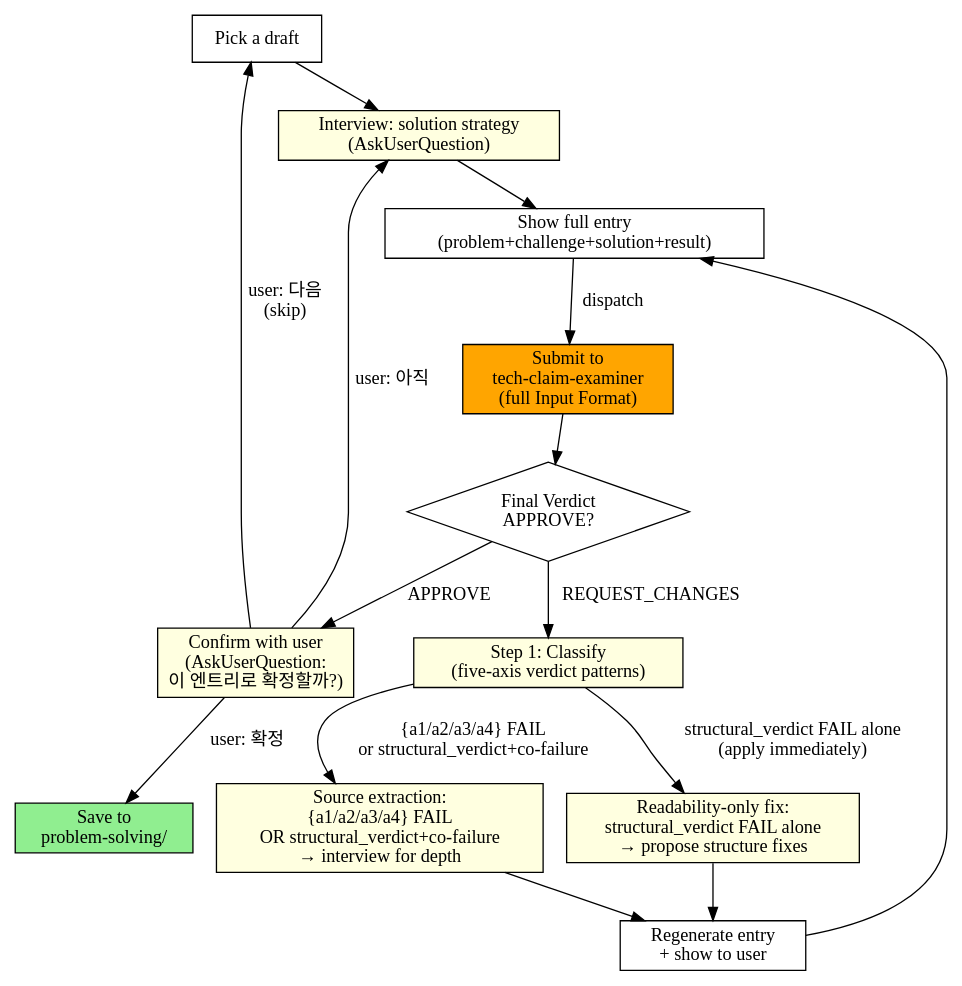
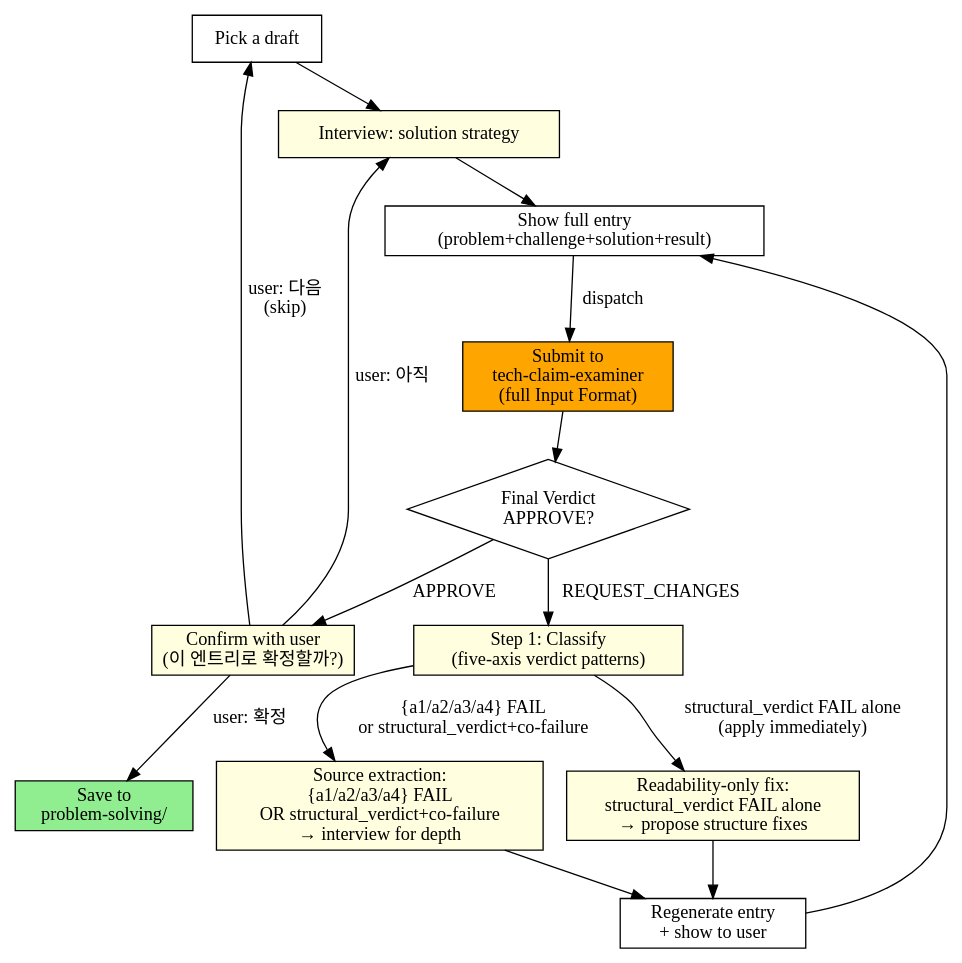
One commit to toongri/oh-my-toong-playground changed the third of 3 diagrams in skills/resume-forge/SKILL.md. Above: the diagram before and after it, drawn with Graphviz. The commit also changed other lines of this file and 4 other files, not shown here.

First line of the commit message:
refactor: clarify 등 skill의 AskUserQuestion 표현 제거

````diff
--- a/skills/resume-forge/SKILL.md
+++ b/skills/resume-forge/SKILL.md
@@ -116,31 +116,31 @@
 ```dot
 digraph loop2 {
     rankdir=TB;
     pick [shape=box, label="Pick a draft"];
-    interview [shape=box, label="Interview: solution strategy\n(AskUserQuestion)", style=filled, fillcolor=lightyellow];
+    interview [shape=box, label="Interview: solution strategy", style=filled, fillcolor=lightyellow];
     show [shape=box, label="Show full entry\n(problem+challenge+solution+result)"];
-    confirm [shape=box, label="Confirm with user\n(AskUserQuestion:\n이 엔트리로 확정할까?)", style=filled, fillcolor=lightyellow];
+    confirm [shape=box, label="Confirm with user\n(이 엔트리로 확정할까?)", style=filled, fillcolor=lightyellow];
     exam [shape=box, label="Submit to\ntech-claim-examiner\n(full Input Format)", style=filled, fillcolor=orange];
     check [shape=diamond, label="Final Verdict\nAPPROVE?"];
     save [shape=box, label="Save to\nproblem-solving/", style=filled, fillcolor=lightgreen];
     e_fail [shape=box, label="Source extraction:\n{a1/a2/a3/a4} FAIL\nOR structural_verdict+co-failure\n→ interview for depth", style=filled, fillcolor=lightyellow];
     r_fail [shape=box, label="Readability-only fix:\nstructural_verdict FAIL alone\n→ propose structure fixes", style=filled, fillcolor=lightyellow];
     revise [shape=box, label="Regenerate entry\n+ show to user"];
 
     pick -> interview;
     interview -> show;
     show -> exam [label="dispatch"];
     exam -> check;
     check -> confirm [label="APPROVE"];
     check -> classify [label="REQUEST_CHANGES"];
     confirm -> save [label="user: 확정"];
     confirm -> interview [label="user: 아직"];
     confirm -> pick [label="user: 다음\n(skip)"];
     classify [shape=box, label="Step 1: Classify\n(five-axis verdict patterns)", style=filled, fillcolor=lightyellow];
     classify -> r_fail [label="structural_verdict FAIL alone\n(apply immediately)"];
     classify -> e_fail [label="{a1/a2/a3/a4} FAIL\nor structural_verdict+co-failure"];
     e_fail -> revise;
     r_fail -> revise;
     revise -> show;
 }
 ```
````
